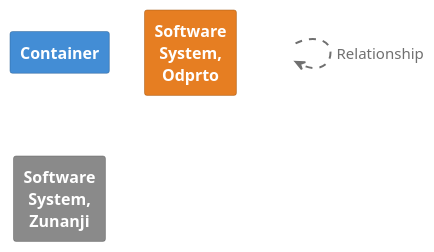
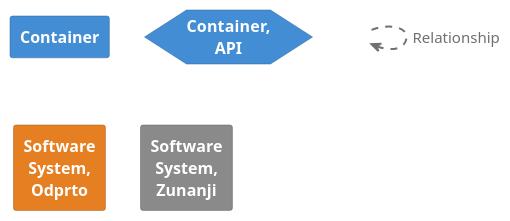
The diagram in architecture/diagrams/structurizr-D2-UIL-tuji-eFTI-Gate-key.puml (UM-KGPI/eFTI-Gate-SI), drawn with PlantUML before and after one commit. The commit also changed 46 other files, not shown here.

```diff
--- a/architecture/diagrams/structurizr-D2-UIL-tuji-eFTI-Gate-key.puml
+++ b/architecture/diagrams/structurizr-D2-UIL-tuji-eFTI-Gate-key.puml
@@ -1,44 +1,51 @@
 @startuml
 set separator none
 
 skinparam {
   shadowing false
   arrowFontSize 15
   defaultTextAlignment center
   wrapWidth 100
   maxMessageSize 100
 }
 hide stereotype
 
 skinparam rectangle<<_transparent>> {
   BorderColor transparent
   BackgroundColor transparent
   FontColor transparent
 }
 
 skinparam rectangle<<1>> {
   BackgroundColor #438dd5
   FontColor #ffffff
   BorderColor #2e6295
 }
 rectangle "==Container" <<1>>
 
-skinparam rectangle<<2>> {
+skinparam hexagon<<2>> {
+  BackgroundColor #438dd5
+  FontColor #ffffff
+  BorderColor #2e6295
+}
+hexagon "==Container, API" <<2>>
+
+skinparam rectangle<<3>> {
   BackgroundColor #e67e22
   FontColor #ffffff
   BorderColor #a15817
 }
-rectangle "==Software System, Odprto" <<2>>
+rectangle "==Software System, Odprto" <<3>>
 
-skinparam rectangle<<3>> {
+skinparam rectangle<<4>> {
   BackgroundColor #8a8a8a
   FontColor #ffffff
   BorderColor #606060
 }
-rectangle "==Software System, Zunanji" <<3>>
+rectangle "==Software System, Zunanji" <<4>>
 
-rectangle "." <<_transparent>> as 4
-4 .[#707070,thickness=2].> 4 : "<color:#707070>Relationship"
+rectangle "." <<_transparent>> as 5
+5 .[#707070,thickness=2].> 5 : "<color:#707070>Relationship"
 
 
 @enduml
```
